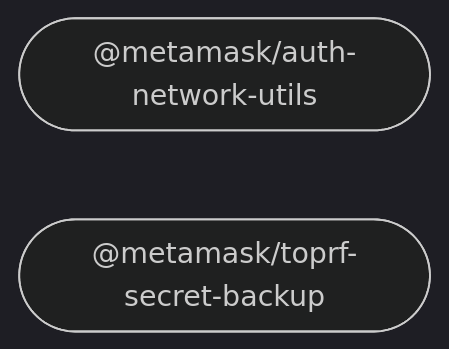
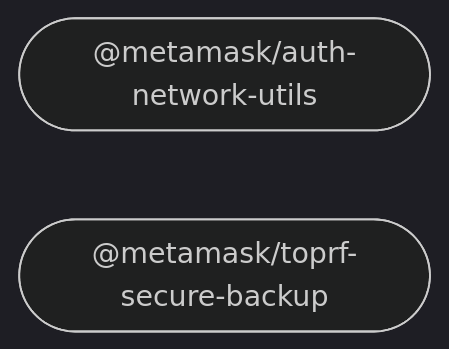
Before and after one commit to MetaMask/toprf-secure-backup: the diagram in README.md, drawn with Mermaid (dark theme). The commit also changed other lines of this file and 39 other files, not shown here.

````diff
--- a/README.md
+++ b/README.md
@@ -30,7 +30,7 @@
 ```mermaid
 %%{ init: { 'flowchart': { 'curve': 'bumpX' } } }%%
 graph LR;
 linkStyle default opacity:0.5
   auth_network_utils(["@metamask/auth-network-utils"]);
-  toprf_auth_sdk(["@metamask/toprf-secret-backup"]);
+  toprf_auth_sdk(["@metamask/toprf-secure-backup"]);
 ```
````
